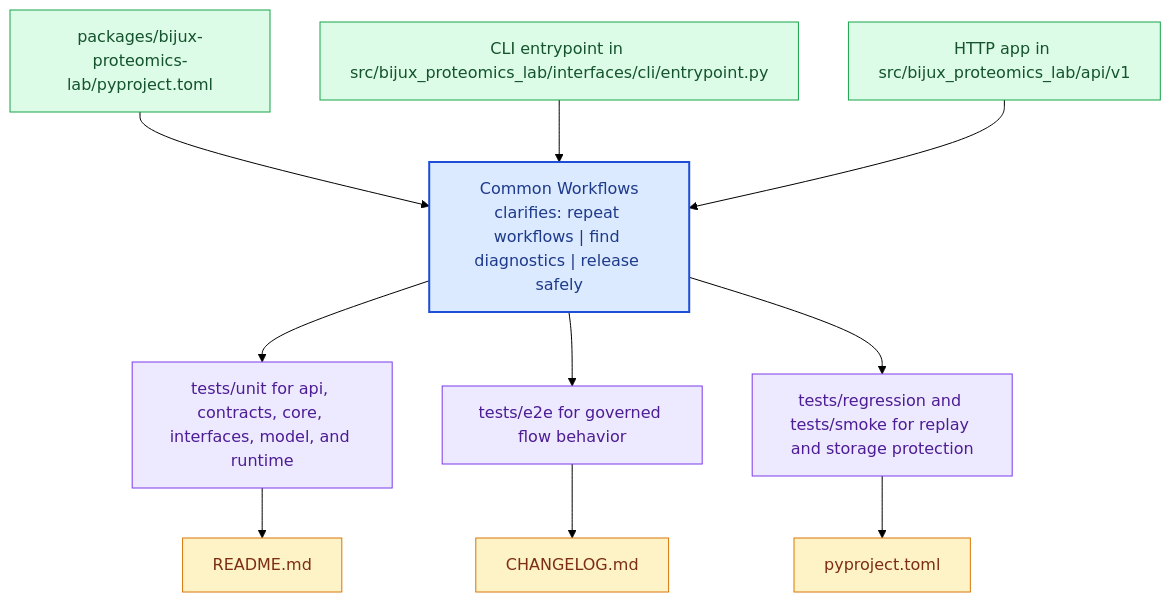
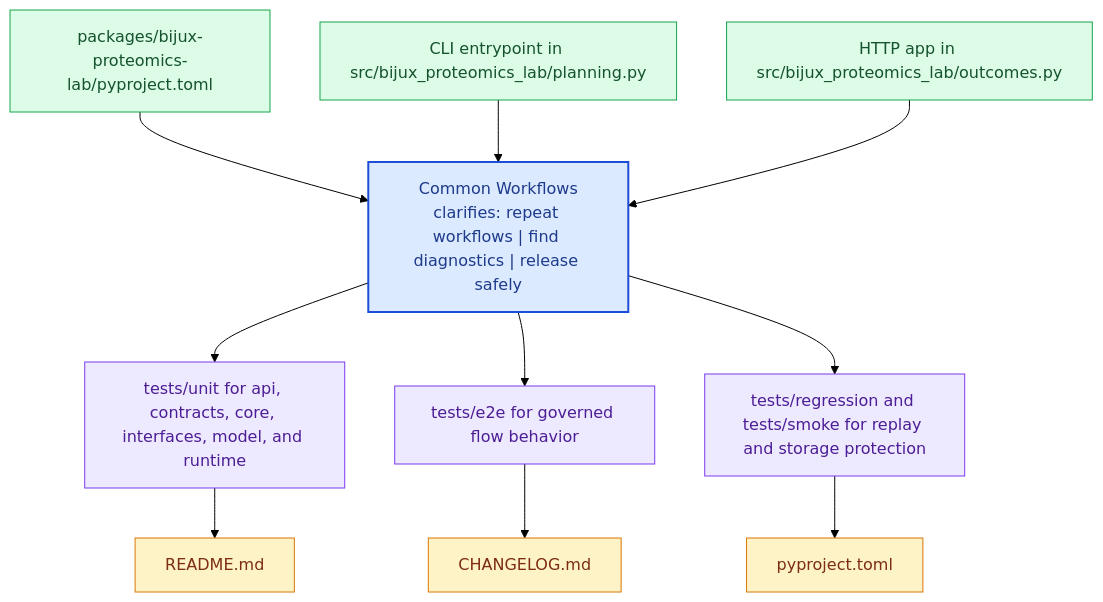
One commit to bijux/bijux-proteomics changed the diagram in docs/bijux-proteomics-lab/operations/common-workflows.md. Above: the diagram before and after it, drawn with Mermaid (forest theme). The commit also changed 24 other files, not shown here.

Commit message:
docs(bijux-proteomics-lab): align handbook with assay planning and outcome loops

````diff
--- a/docs/bijux-proteomics-lab/operations/common-workflows.md
+++ b/docs/bijux-proteomics-lab/operations/common-workflows.md
@@ -22,31 +22,31 @@
 ```mermaid
 flowchart TB
     page["Common Workflows<br/>clarifies: repeat workflows | find diagnostics | release safely"]
     classDef page fill:#dbeafe,stroke:#1d4ed8,color:#1e3a8a,stroke-width:2px;
     classDef positive fill:#dcfce7,stroke:#16a34a,color:#14532d;
     classDef caution fill:#fee2e2,stroke:#dc2626,color:#7f1d1d;
     classDef anchor fill:#ede9fe,stroke:#7c3aed,color:#4c1d95;
     classDef action fill:#fef3c7,stroke:#d97706,color:#7c2d12;
     step1["packages/bijux-proteomics-lab/pyproject.toml"]
     step1 --> page
-    step2["CLI entrypoint in src/bijux_proteomics_lab/interfaces/cli/entrypoint.py"]
+    step2["CLI entrypoint in src/bijux_proteomics_lab/planning.py"]
     step2 --> page
-    step3["HTTP app in src/bijux_proteomics_lab/api/v1"]
+    step3["HTTP app in src/bijux_proteomics_lab/outcomes.py"]
     step3 --> page
     run1["tests/unit for api, contracts, core, interfaces, model, and runtime"]
     page --> run1
     run2["tests/e2e for governed flow behavior"]
     page --> run2
     run3["tests/regression and tests/smoke for replay and storage protection"]
     page --> run3
     release1["README.md"]
     run1 --> release1
     release2["CHANGELOG.md"]
     run2 --> release2
     release3["pyproject.toml"]
     run3 --> release3
     class page page;
     class step1,step2,step3 positive;
     class run1,run2,run3 anchor;
     class release1,release2,release3 action;
 ```
````
